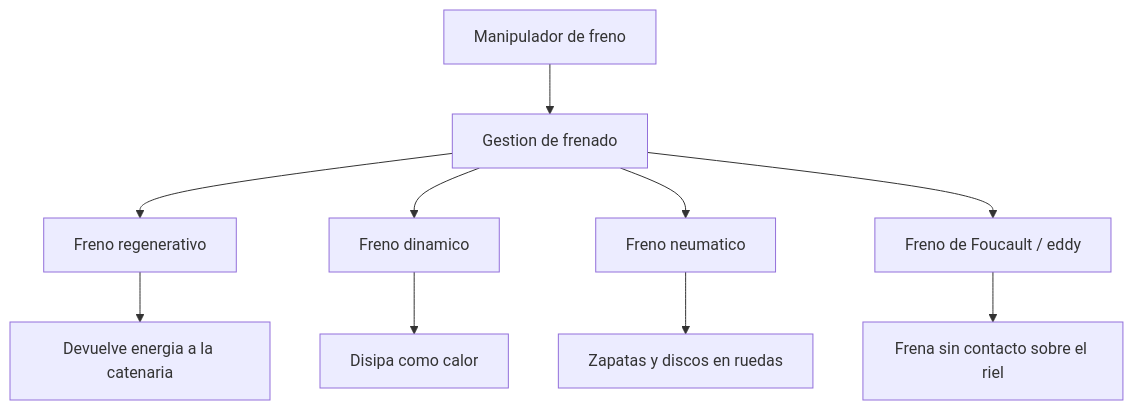
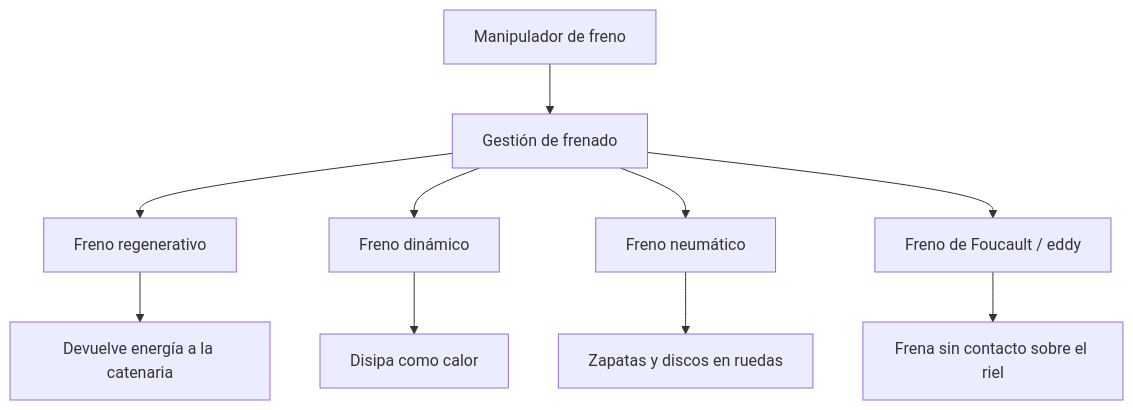
Before and after one commit to vladimiracunadev-create/machine-operator-program: the third of 4 diagrams in vehiculos/tren-alta-velocidad/operacion/sistemas-mecanicos-tren-alta-velocidad.md, drawn with Mermaid. The commit also changed other lines of this file and 442 other files, not shown here.

````diff
--- a/vehiculos/tren-alta-velocidad/operacion/sistemas-mecanicos-tren-alta-velocidad.md
+++ b/vehiculos/tren-alta-velocidad/operacion/sistemas-mecanicos-tren-alta-velocidad.md
@@ -97,12 +97,12 @@
 ```mermaid
 flowchart TD
-    Mando[Manipulador de freno] --> Gestion[Gestion de frenado]
+    Mando[Manipulador de freno] --> Gestion[Gestión de frenado]
     Gestion --> Regen[Freno regenerativo]
-    Gestion --> Dinamico[Freno dinamico]
-    Gestion --> Neumatico[Freno neumatico]
+    Gestion --> Dinamico[Freno dinámico]
+    Gestion --> Neumatico[Freno neumático]
     Gestion --> Foucault[Freno de Foucault / eddy]
-    Regen --> Red[Devuelve energia a la catenaria]
+    Regen --> Red[Devuelve energía a la catenaria]
     Dinamico --> Calor[Disipa como calor]
     Neumatico --> Zapata[Zapatas y discos en ruedas]
     Foucault --> Riel[Frena sin contacto sobre el riel]
 ```
````
